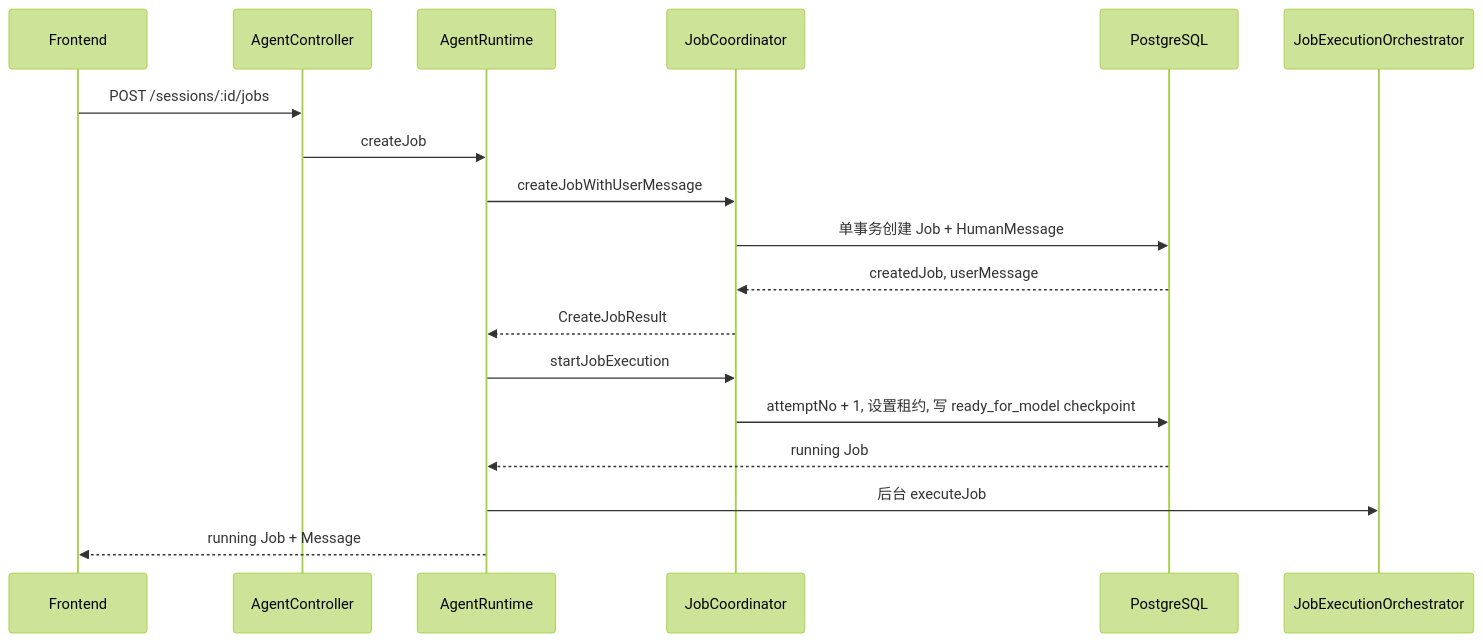
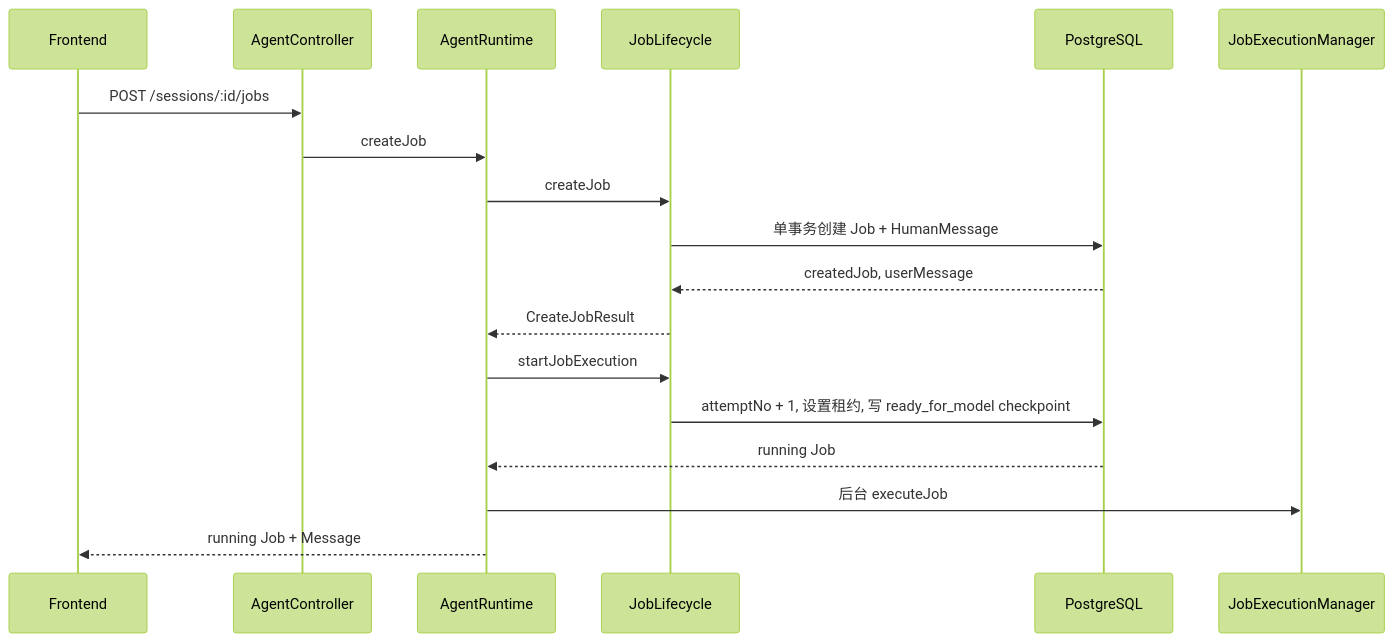
The third of 13 diagrams in docs/00-current-runtime-full-chain.md (lucyonegit/agent-runtime-v2), drawn with Mermaid (forest theme) before and after one commit. The commit also changed other lines of this file and 17 other files, not shown here.

First line of the commit message:
feat: implement AuditedChatModel for enhanced chat model execution with auditing capabilities

```diff
--- a/docs/00-current-runtime-full-chain.md
+++ b/docs/00-current-runtime-full-chain.md
@@ -317,21 +331,21 @@
 ~~~mermaid
 sequenceDiagram
     participant UI as Frontend
     participant HTTP as AgentController
     participant AR as AgentRuntime
-    participant JC as JobCoordinator
+    participant JL as JobLifecycle
     participant DB as PostgreSQL
-    participant BG as JobExecutionOrchestrator
+    participant BG as JobExecutionManager
 
     UI->>HTTP: POST /sessions/:id/jobs
     HTTP->>AR: createJob
-    AR->>JC: createJobWithUserMessage
-    JC->>DB: 单事务创建 Job + HumanMessage
-    DB-->>JC: createdJob, userMessage
-    JC-->>AR: CreateJobResult
-    AR->>JC: startJobExecution
-    JC->>DB: attemptNo + 1, 设置租约, 写 ready_for_model checkpoint
+    AR->>JL: createJob
+    JL->>DB: 单事务创建 Job + HumanMessage
+    DB-->>JL: createdJob, userMessage
+    JL-->>AR: CreateJobResult
+    AR->>JL: startJobExecution
+    JL->>DB: attemptNo + 1, 设置租约, 写 ready_for_model checkpoint
     DB-->>AR: running Job
     AR->>BG: 后台 executeJob
     AR-->>UI: running Job + Message
 ~~~
```
